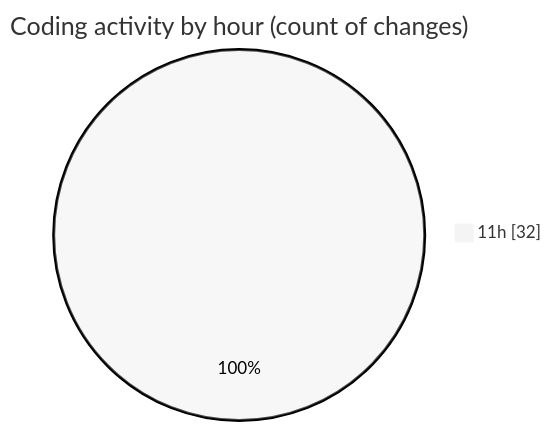
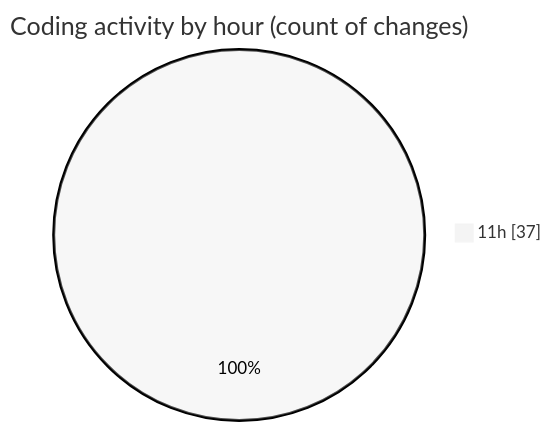
The second of 2 diagrams in 2025-03-17/audiobooks-web/README.md (robertbonfada/code-tracking), drawn with Mermaid (neutral theme) before and after one commit. The commit also changed other lines of this file and 1 other file, not shown here.

````diff
--- a/2025-03-17/audiobooks-web/README.md
+++ b/2025-03-17/audiobooks-web/README.md
@@ -32,5 +32,5 @@
 ```mermaid
 pie showData
 title Coding activity by hour (count of changes)
-"11h" : 32
+"11h" : 37
 ```
````
